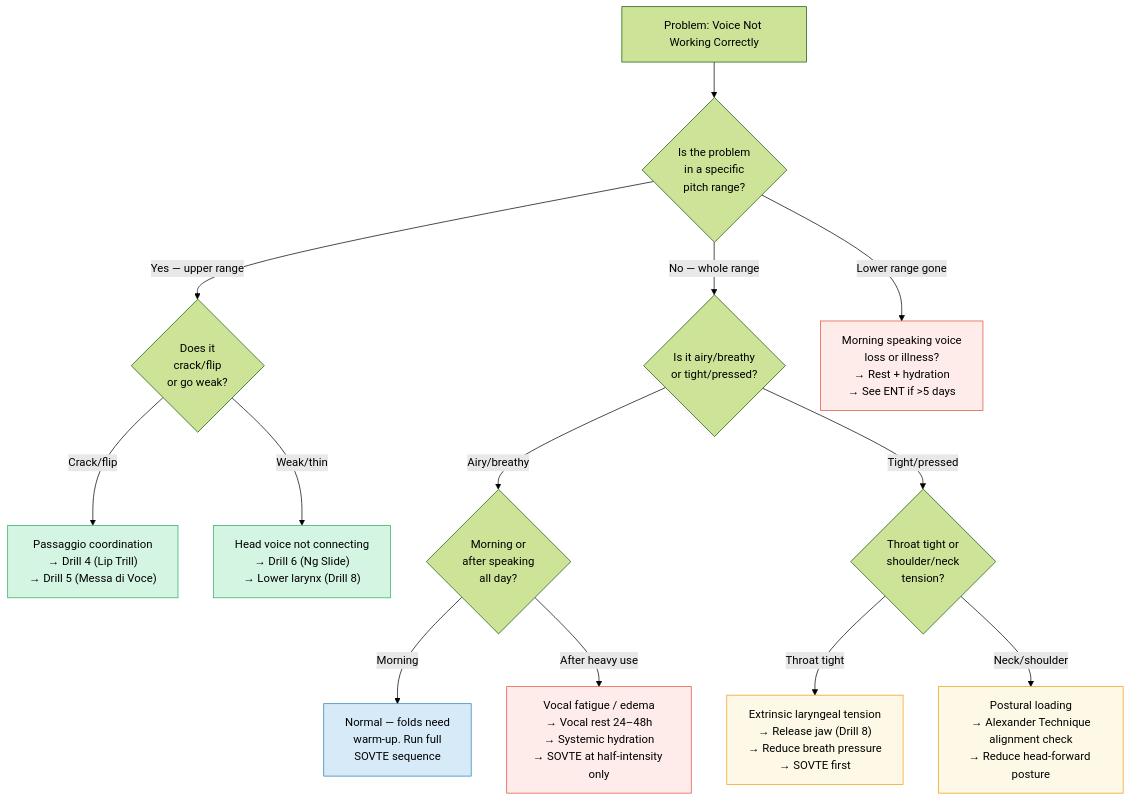
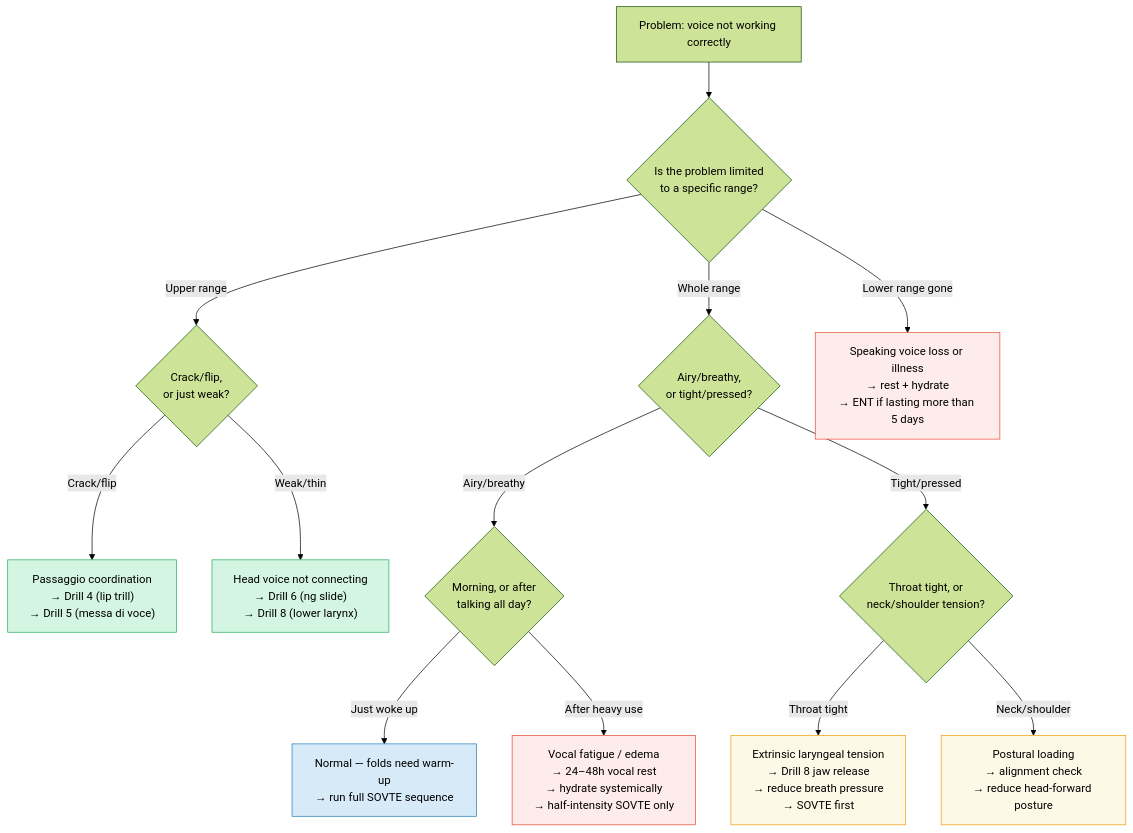
Before and after one commit to blebleblee/synapse: the fifth of 5 diagrams in topics/arts/music_performance/vocals/lesson_01_vocal_anatomy.md, drawn with Mermaid (forest theme). The commit also changed other lines of this file and 4 other files, not shown here.

````diff
--- a/topics/arts/music_performance/vocals/lesson_01_vocal_anatomy.md
+++ b/topics/arts/music_performance/vocals/lesson_01_vocal_anatomy.md
@@ -359,29 +334,28 @@
 ```mermaid
 flowchart TD
-    START["Problem: Voice Not Working Correctly"] --> Q1{"Is the problem\nin a specific\npitch range?"}
+    START["Problem: voice not working correctly"] --> Q1{"Is the problem limited<br/>to a specific range?"}
 
-    Q1 -->|"Yes — upper range"| Q2{"Does it\ncrack/flip\nor go weak?"}
-    Q1 -->|"No — whole range"| Q3{"Is it airy/breathy\nor tight/pressed?"}
+    Q1 -->|"Upper range"| Q2{"Crack/flip,<br/>or just weak?"}
+    Q1 -->|"Whole range"| Q3{"Airy/breathy,<br/>or tight/pressed?"}
+    Q1 -->|"Lower range gone"| A7["Speaking voice loss or illness<br/>→ rest + hydrate<br/>→ ENT if lasting more than 5 days"]
 
-    Q2 -->|"Crack/flip"| A1["Passaggio coordination\n→ Drill 4 (Lip Trill)\n→ Drill 5 (Messa di Voce)"]
-    Q2 -->|"Weak/thin"| A2["Head voice not connecting\n→ Drill 6 (Ng Slide)\n→ Lower larynx (Drill 8)"]
+    Q2 -->|"Crack/flip"| A1["Passaggio coordination<br/>→ Drill 4 (lip trill)<br/>→ Drill 5 (messa di voce)"]
+    Q2 -->|"Weak/thin"| A2["Head voice not connecting<br/>→ Drill 6 (ng slide)<br/>→ Drill 8 (lower larynx)"]
 
-    Q3 -->|"Airy/breathy"| Q4{"Morning or\nafter speaking\nall day?"}
-    Q3 -->|"Tight/pressed"| Q5{"Throat tight or\nshoulder/neck\ntension?"}
+    Q3 -->|"Airy/breathy"| Q4{"Morning, or after<br/>talking all day?"}
+    Q3 -->|"Tight/pressed"| Q5{"Throat tight, or<br/>neck/shoulder tension?"}
 
-    Q4 -->|"Morning"| A3["Normal — folds need\nwarm-up. Run full\nSOVTE sequence"]
-    Q4 -->|"After heavy use"| A4["Vocal fatigue / edema\n→ Vocal rest 24–48h\n→ Systemic hydration\n→ SOVTE at half-intensity only"]
+    Q4 -->|"Just woke up"| A3["Normal — folds need warm-up<br/>→ run full SOVTE sequence"]
+    Q4 -->|"After heavy use"| A4["Vocal fatigue / edema<br/>→ 24–48h vocal rest<br/>→ hydrate systemically<br/>→ half-intensity SOVTE only"]
 
-    Q5 -->|"Throat tight"| A5["Extrinsic laryngeal tension\n→ Release jaw (Drill 8)\n→ Reduce breath pressure\n→ SOVTE first"]
-    Q5 -->|"Neck/shoulder"| A6["Postural loading\n→ Alexander Technique\nalignment check\n→ Reduce head-forward posture"]
-
-    Q1 -->|"Lower range gone"| A7["Morning speaking voice\nloss or illness?\n→ Rest + hydration\n→ See ENT if >5 days"]
+    Q5 -->|"Throat tight"| A5["Extrinsic laryngeal tension<br/>→ Drill 8 jaw release<br/>→ reduce breath pressure<br/>→ SOVTE first"]
+    Q5 -->|"Neck/shoulder"| A6["Postural loading<br/>→ alignment check<br/>→ reduce head-forward posture"]
 
     style A1 fill:#d5f5e3,stroke:#27ae60
     style A2 fill:#d5f5e3,stroke:#27ae60
     style A3 fill:#d6eaf8,stroke:#2980b9
     style A4 fill:#fdecea,stroke:#e74c3c
     style A5 fill:#fef9e7,stroke:#f39c12
     style A6 fill:#fef9e7,stroke:#f39c12
     style A7 fill:#fdecea,stroke:#e74c3c
 ```
````
